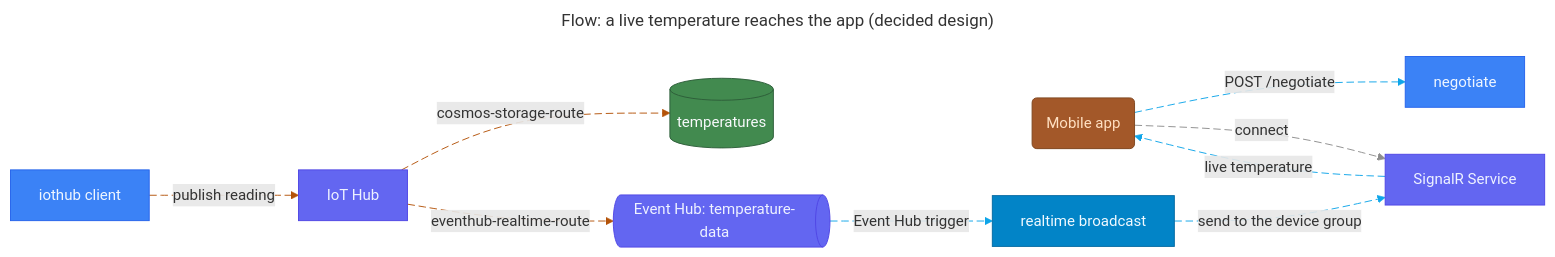
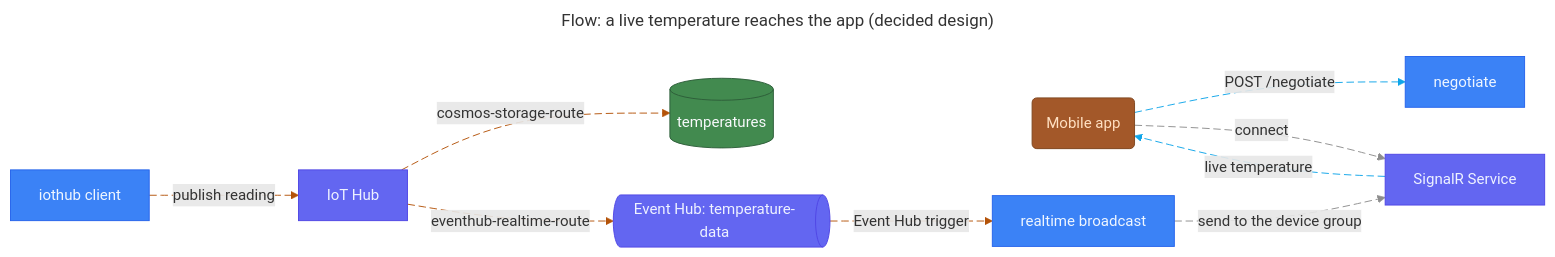
Diagram 19 of 19 in docs/architecture/diagrams.md (stevebargelt/meatgeekv2), drawn with Mermaid before and after one commit. The commit also changed other lines of this file and 12 other files, not shown here.

First line of the commit message:
feat(api): HAR-60 broadcastTemperature pushes each temperature-data reading to its device-{id} SignalR group

````diff
--- a/docs/architecture/diagrams.md
+++ b/docs/architecture/diagrams.md
@@ -1345,35 +1341,33 @@
 ```mermaid
 ---
 title: "Flow: a live temperature reaches the app (decided design)"
 ---
 graph LR
   MeatgeekMobile@{ shape: rounded, label: "Mobile app" }
   MeatgeekCloudApiNegotiate@{ shape: rectangle, label: "negotiate" }
   MeatgeekCloudRealtime@{ shape: rectangle, label: "SignalR Service" }
   MeatgeekEdgePusherIot@{ shape: rectangle, label: "iothub client" }
   MeatgeekCloudIngestIothub@{ shape: rectangle, label: "IoT Hub" }
   MeatgeekCloudDataTemperatures@{ shape: cylinder, label: "temperatures" }
   MeatgeekCloudIngestEventhub@{ shape: horizontal-cylinder, label: "Event Hub: temperature-data" }
   MeatgeekCloudApiBroadcast@{ shape: rectangle, label: "realtime broadcast" }
   MeatgeekMobile -. "`POST /negotiate`" .-> MeatgeekCloudApiNegotiate
   MeatgeekMobile -. "`connect`" .-> MeatgeekCloudRealtime
   MeatgeekEdgePusherIot -. "`publish reading`" .-> MeatgeekCloudIngestIothub
   MeatgeekCloudIngestIothub -. "`cosmos-storage-route`" .-> MeatgeekCloudDataTemperatures
   MeatgeekCloudIngestIothub -. "`eventhub-realtime-route`" .-> MeatgeekCloudIngestEventhub
   MeatgeekCloudIngestEventhub -. "`Event Hub trigger`" .-> MeatgeekCloudApiBroadcast
   MeatgeekCloudApiBroadcast -. "`send to the device group`" .-> MeatgeekCloudRealtime
   MeatgeekCloudRealtime -. "`live temperature`" .-> MeatgeekMobile
   classDef amber fill:#A35829,stroke:#7E451D,color:#FFE0C2
   class MeatgeekMobile amber
   classDef primary fill:#3b82f6,stroke:#2563eb,color:#eff6ff
-  class MeatgeekCloudApiNegotiate,MeatgeekEdgePusherIot primary
+  class MeatgeekCloudApiNegotiate,MeatgeekEdgePusherIot,MeatgeekCloudApiBroadcast primary
   classDef indigo fill:#6366f1,stroke:#4f46e5,color:#eef2ff
   class MeatgeekCloudRealtime,MeatgeekCloudIngestIothub,MeatgeekCloudIngestEventhub indigo
   classDef green fill:#428a4f,stroke:#2d5d39,color:#f8fafc
   class MeatgeekCloudDataTemperatures green
-  classDef sky fill:#0284c7,stroke:#0369a1,color:#f0f9ff
-  class MeatgeekCloudApiBroadcast sky
-  linkStyle 0,5,6,7 stroke:#0ea5e9,stroke-dasharray:8 4
-  linkStyle 1 stroke:#8D8D8D,stroke-dasharray:8 4
-  linkStyle 2,3,4 stroke:#b45309,stroke-dasharray:8 4
+  linkStyle 0,7 stroke:#0ea5e9,stroke-dasharray:8 4
+  linkStyle 1,6 stroke:#8D8D8D,stroke-dasharray:8 4
+  linkStyle 2,3,4,5 stroke:#b45309,stroke-dasharray:8 4
 ```
````
